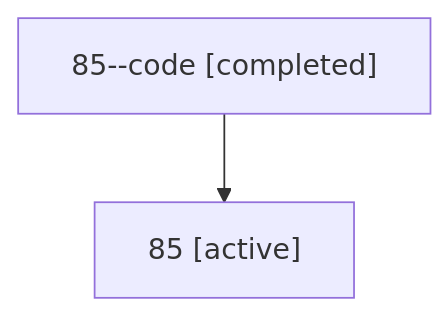
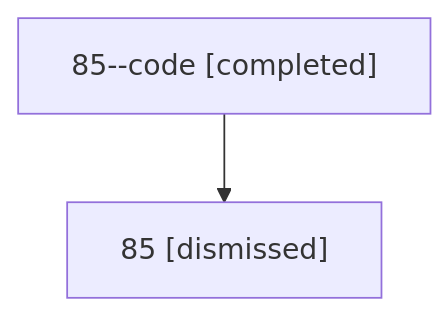
Before and after one commit to sase-org/sase--agents: the diagram in sessions/bbugyi200.athena.85.md, drawn with Mermaid. The commit also changed other lines of this file and 33 other files, not shown here.

````diff
--- a/sessions/bbugyi200.athena.85.md
+++ b/sessions/bbugyi200.athena.85.md
@@ -9,6 +9,6 @@
 ```mermaid
 flowchart TD
   n0["85--code [completed]"]
-  n1["85 [active]"]
+  n1["85 [dismissed]"]
   n0 --> n1
 ```
````
